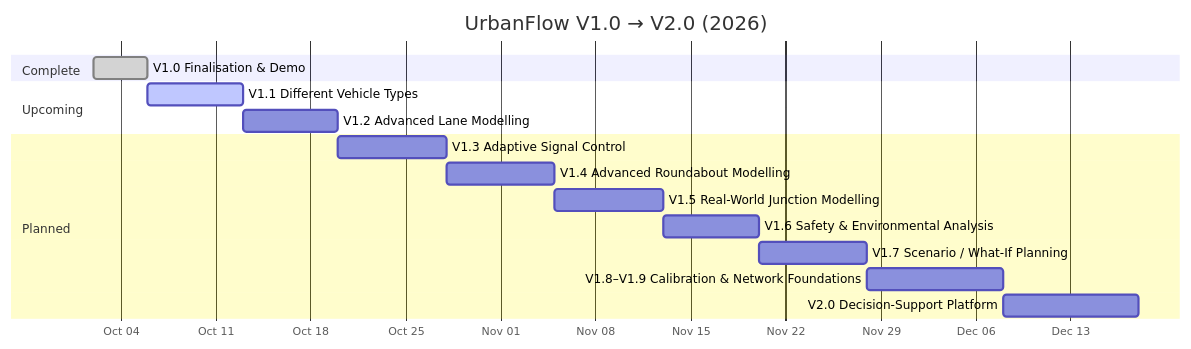
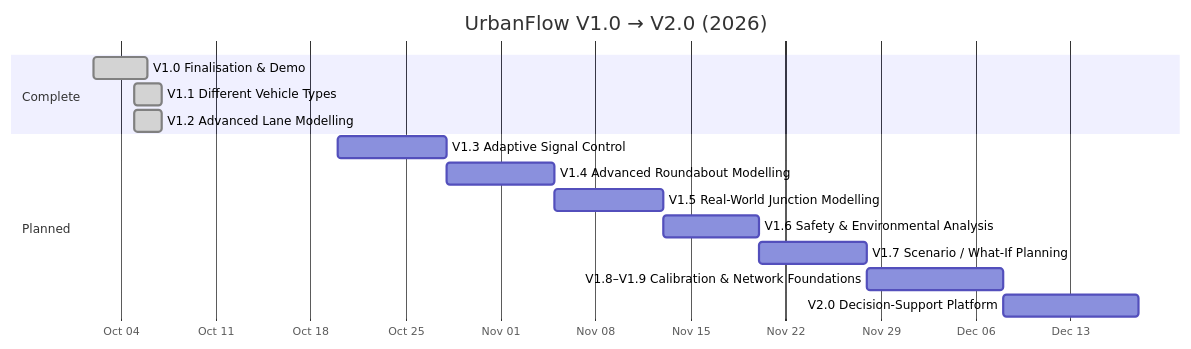
One commit to Viraj281105/Traffic-Simulation changed the third of 3 diagrams in docs/ROADMAP.md. Above: the diagram before and after it, drawn with Mermaid. The commit also changed other lines of this file and 59 other files, not shown here.

````diff
--- a/docs/ROADMAP.md
+++ b/docs/ROADMAP.md
@@ -90,19 +90,19 @@
 ```mermaid
 gantt
     title UrbanFlow V1.0 → V2.0 (2026)
     dateFormat YYYY-MM-DD
     axisFormat %b %d
     section Complete
     V1.0 Finalisation & Demo                 :done,    v10, 2026-10-02, 4d
+    V1.1 Different Vehicle Types             :done,    v11, 2026-10-05, 2d
+    V1.2 Advanced Lane Modelling             :done,    v12, 2026-10-05, 2d
     section Upcoming
-    V1.1 Different Vehicle Types             :active,  v11, 2026-10-06, 7d
-    V1.2 Advanced Lane Modelling             :         v12, 2026-10-13, 7d
     section Planned
     V1.3 Adaptive Signal Control             :         v13, 2026-10-20, 8d
     V1.4 Advanced Roundabout Modelling       :         v14, 2026-10-28, 8d
     V1.5 Real-World Junction Modelling       :         v15, 2026-11-05, 8d
     V1.6 Safety & Environmental Analysis     :         v16, 2026-11-13, 7d
     V1.7 Scenario / What-If Planning         :         v17, 2026-11-20, 8d
     V1.8–V1.9 Calibration & Network Foundations :      v18, 2026-11-28, 10d
     V2.0 Decision-Support Platform           :         v20, 2026-12-08, 10d
 ```
````
